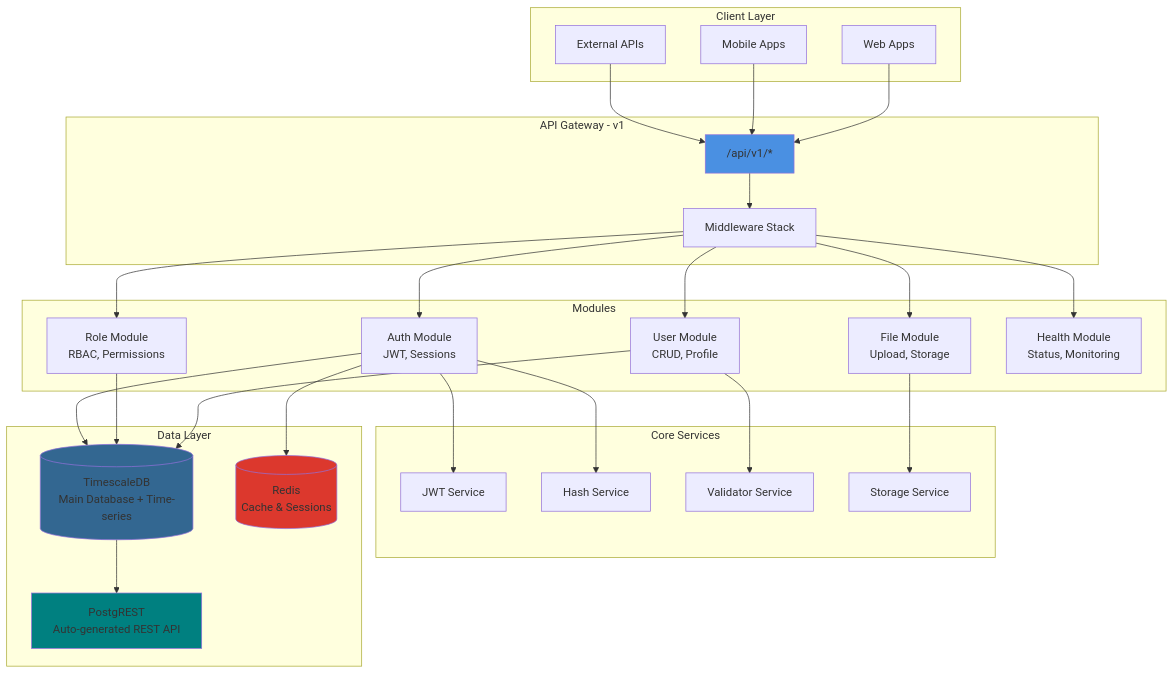
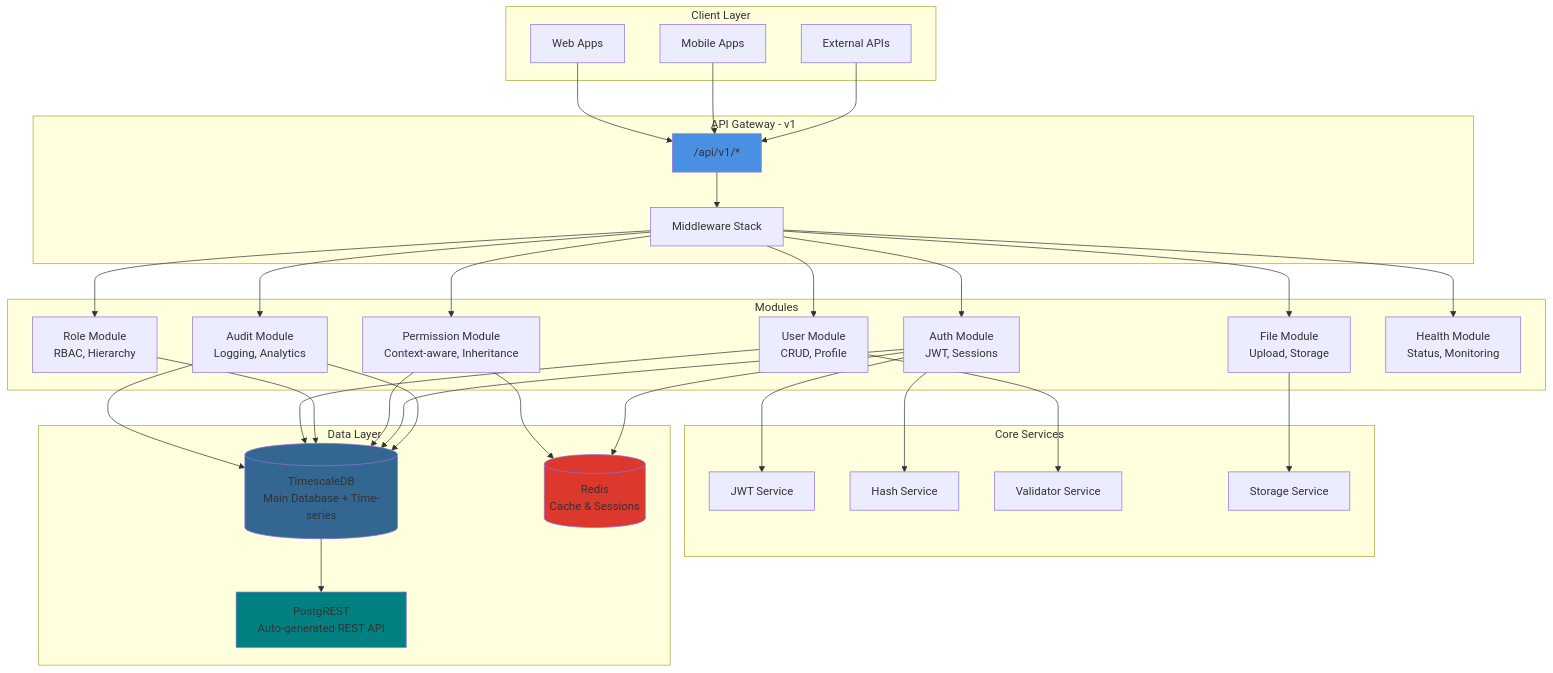
One commit to gabrielmaialva33/base-acl-api changed the first of 7 diagrams in README.md. Above: the diagram before and after it, drawn with Mermaid. The commit also changed other lines of this file and 1 other file, not shown here.

First line of the commit message:
docs: update README with advanced permission and audit details

````diff
--- a/README.md
+++ b/README.md
@@ -43,62 +43,70 @@
 ```mermaid
 graph TB
     subgraph "Client Layer"
         WEB[Web Apps]
         MOB[Mobile Apps]
         API[External APIs]
     end
 
     subgraph "API Gateway - v1"
         ROUTES["/api/v1/*"]
         MW[Middleware Stack]
     end
 
     subgraph "Modules"
         AUTH[Auth Module<br/>JWT, Sessions]
         USER[User Module<br/>CRUD, Profile]
-        ROLE[Role Module<br/>RBAC, Permissions]
+        ROLE[Role Module<br/>RBAC, Hierarchy]
+        PERM[Permission Module<br/>Context-aware, Inheritance]
         FILE[File Module<br/>Upload, Storage]
+        AUDIT[Audit Module<br/>Logging, Analytics]
         HEALTH[Health Module<br/>Status, Monitoring]
     end
 
     subgraph "Core Services"
         JWT[JWT Service]
         HASH[Hash Service]
         VALIDATOR[Validator Service]
         STORAGE[Storage Service]
     end
 
     subgraph "Data Layer"
         TS[(TimescaleDB<br/>Main Database + Time-series)]
         REDIS[(Redis<br/>Cache & Sessions)]
         PGREST[PostgREST<br/>Auto-generated REST API]
     end
 
     WEB --> ROUTES
     MOB --> ROUTES
     API --> ROUTES
 
     ROUTES --> MW
     MW --> AUTH
     MW --> USER
     MW --> ROLE
+    MW --> PERM
     MW --> FILE
+    MW --> AUDIT
     MW --> HEALTH
 
     AUTH --> JWT
     AUTH --> HASH
     USER --> VALIDATOR
     FILE --> STORAGE
+    PERM --> REDIS
+    AUDIT --> TS
 
     USER --> TS
     ROLE --> TS
+    PERM --> TS
     AUTH --> TS
     AUTH --> REDIS
+    AUDIT --> TS
 
     TS --> PGREST
 
     style ROUTES fill:#4A90E2
     style TS fill:#336791
     style REDIS fill:#DC382D
     style PGREST fill:#008080
 ```
````
